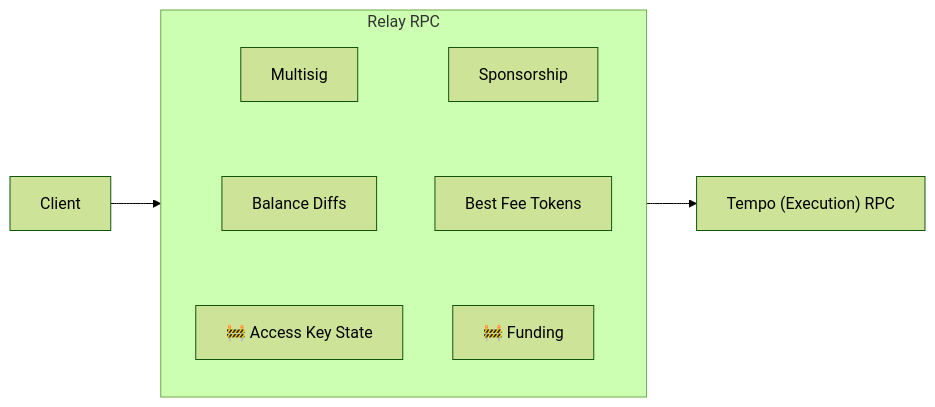
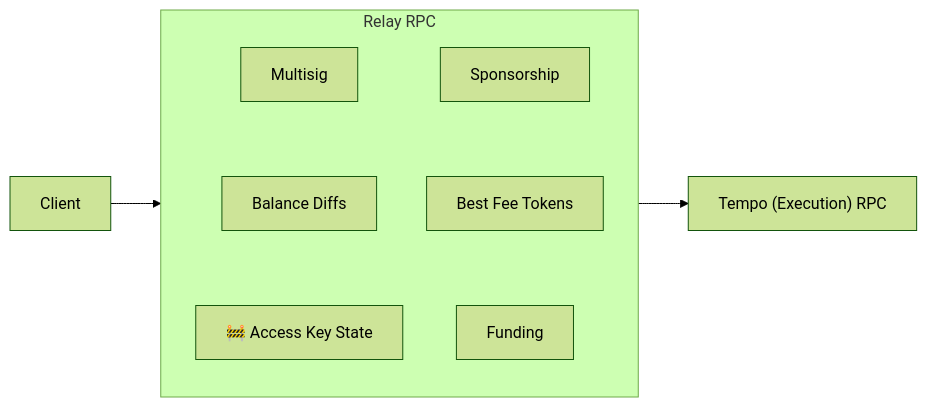
Before and after one commit to wevm/viem: the diagram in site/pages/tempo/guides/relay/index.mdx, drawn with Mermaid (forest theme). The commit also changed other lines of this file and 29 other files, not shown here.

````diff
--- a/site/pages/tempo/guides/relay/index.mdx
+++ b/site/pages/tempo/guides/relay/index.mdx
@@ -15,16 +15,16 @@
 ```mermaid
 flowchart LR
   client[Client] --> relay
   subgraph relay[Relay RPC]
     direction TB
     multisig[Multisig]
     feePayer[Sponsorship]
     feeToken[Best Fee Tokens]
     simulate[Balance Diffs]
-    funding["🚧 Funding"]
+    funding[Funding]
     accessKeyState["🚧 Access Key State"]
     multisig ~~~ simulate ~~~ accessKeyState
     feePayer ~~~ feeToken ~~~ funding
   end
   relay --> rpc["Tempo (Execution) RPC"]
 ```
````
